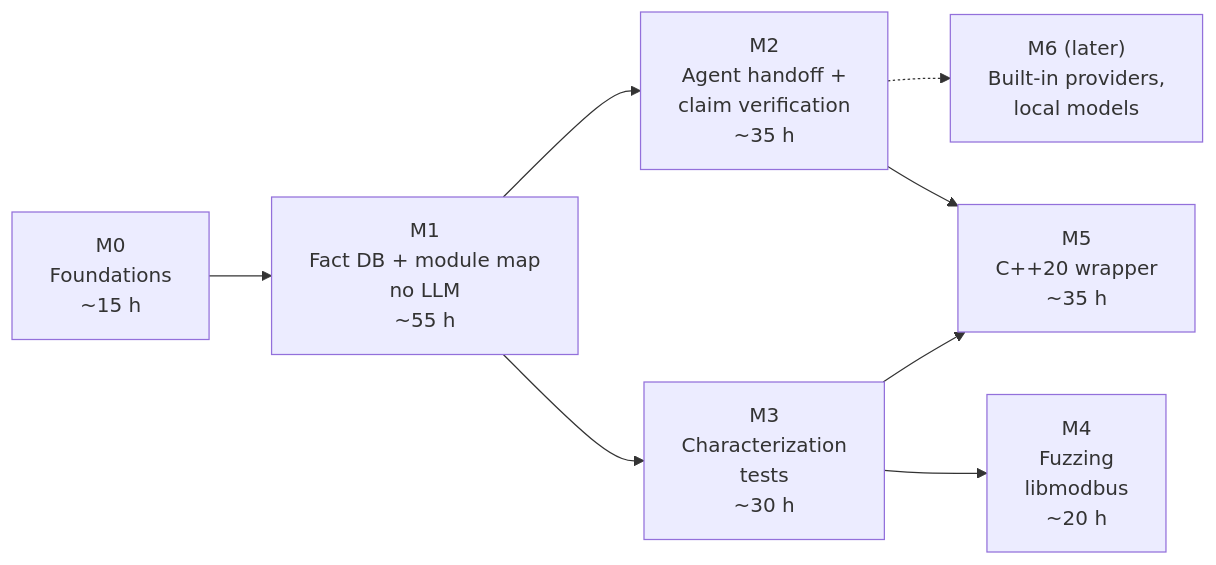
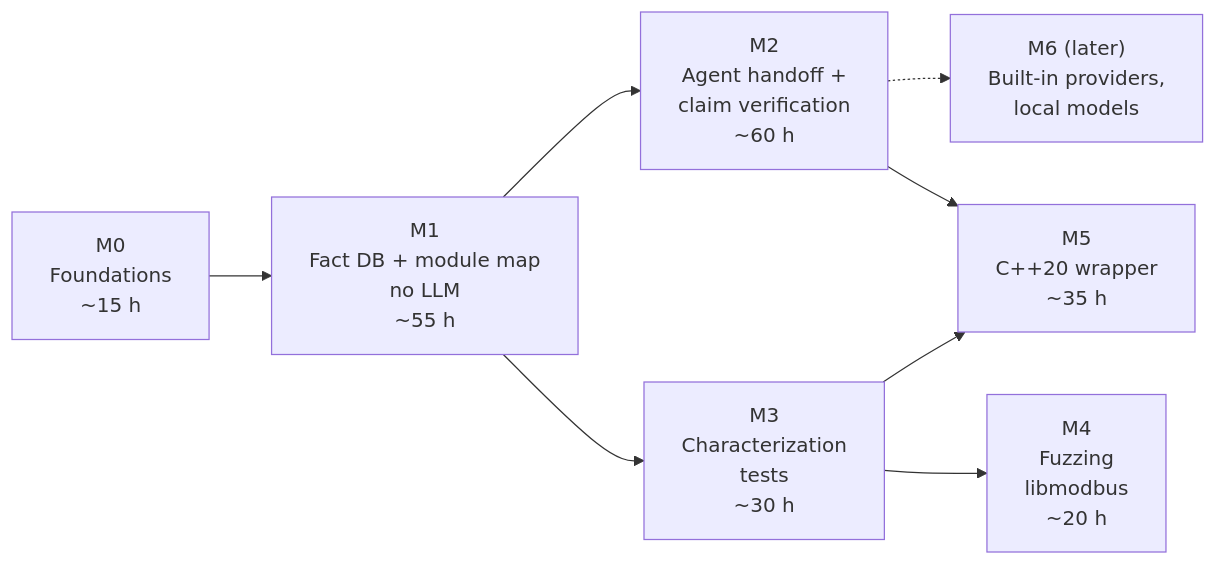
The diagram in docs/plan/roadmap.md (Tomek52/legacy-cartographer), drawn with Mermaid before and after one commit. The commit also changed 3 other files, not shown here.

````diff
--- a/docs/plan/roadmap.md
+++ b/docs/plan/roadmap.md
@@ -13,10 +13,10 @@
 ```mermaid
 flowchart LR
     M0["M0<br/>Foundations<br/>~15 h"] --> M1["M1<br/>Fact DB + module map<br/>no LLM<br/>~55 h"]
-    M1 --> M2["M2<br/>Agent handoff +<br/>claim verification<br/>~35 h"]
+    M1 --> M2["M2<br/>Agent handoff +<br/>claim verification<br/>~60 h"]
     M1 --> M3["M3<br/>Characterization<br/>tests<br/>~30 h"]
     M3 --> M4["M4<br/>Fuzzing<br/>libmodbus<br/>~20 h"]
     M3 --> M5["M5<br/>C++20 wrapper<br/>~35 h"]
     M2 --> M5
     M2 -.-> M6["M6 (later)<br/>Built-in providers,<br/>local models"]
 ```
````
